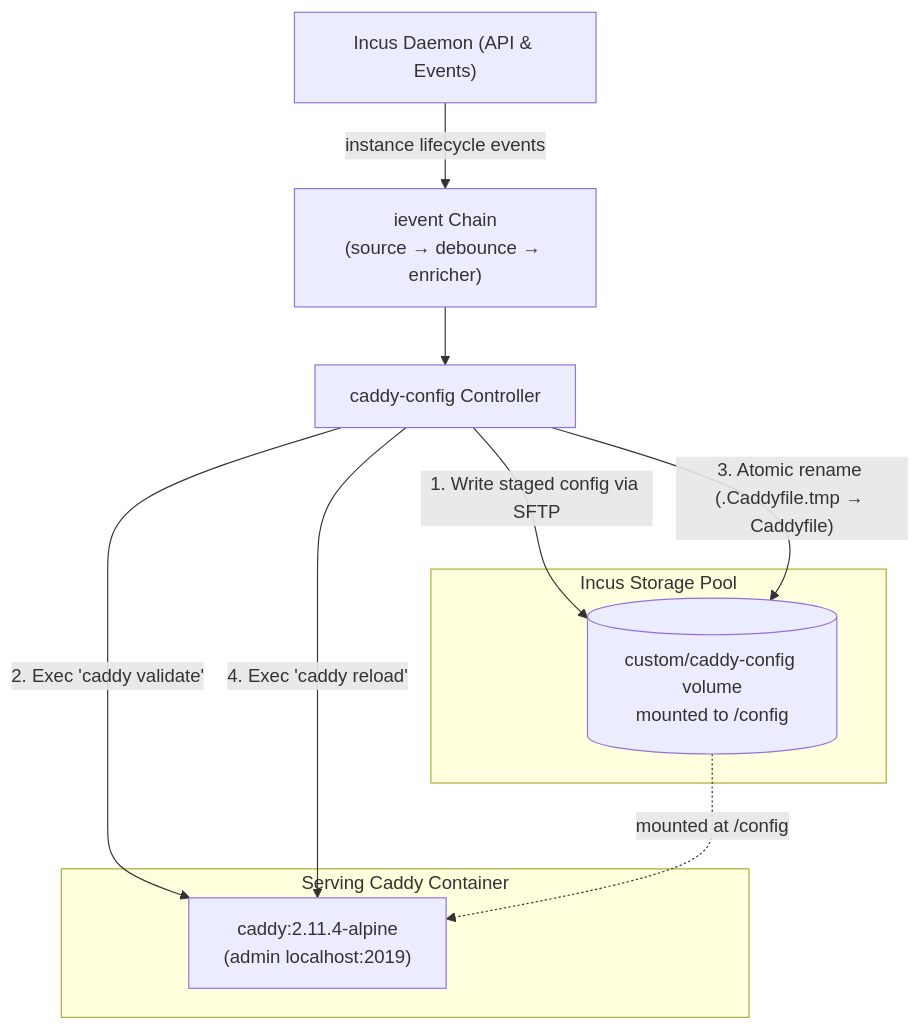
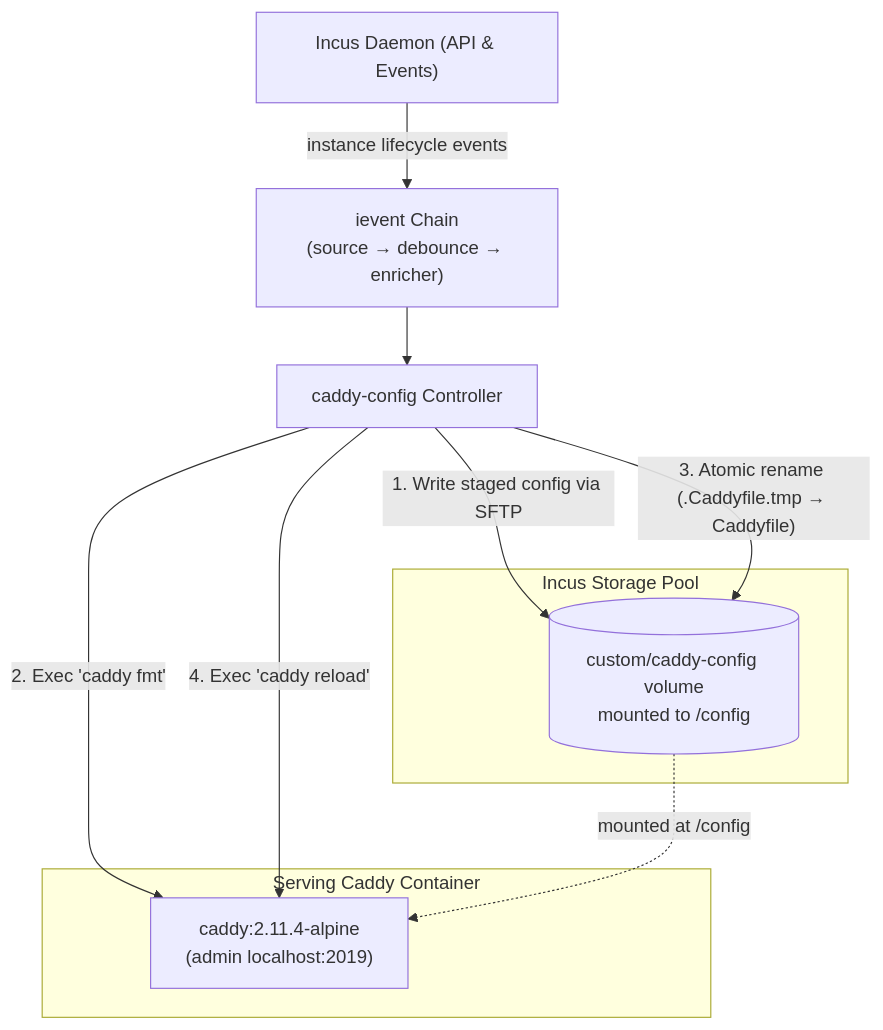
Before and after one commit to jochumdev/incus-caddy-config: the diagram in README.md, drawn with Mermaid. The commit also changed other lines of this file and 12 other files, not shown here.

````diff
--- a/README.md
+++ b/README.md
@@ -45,20 +45,20 @@
 ```mermaid
 flowchart TD
     IncusDaemon["Incus Daemon (API & Events)"] -->|instance lifecycle events| Chain["ievent Chain<br/>(source &rarr; debounce &rarr; enricher)"]
     Chain --> Plugin["caddy-config Controller"]
 
     subgraph Storage["Incus Storage Pool"]
         Vol[("custom/caddy-config volume<br/>mounted to /config")]
     end
 
     subgraph Caddy["Serving Caddy Container"]
         CaddyProc["caddy:2.11.4-alpine<br/>(admin localhost:2019)"]
     end
 
     Plugin -->|"1. Write staged config via SFTP"| Vol
-    Plugin -->|"2. Exec 'caddy validate'"| CaddyProc
+    Plugin -->|"2. Exec 'caddy fmt'"| CaddyProc
     Plugin -->|"3. Atomic rename (.Caddyfile.tmp &rarr; Caddyfile)"| Vol
     Plugin -->|"4. Exec 'caddy reload'"| CaddyProc
 
     Vol -.->|mounted at /config| CaddyProc
 ```
````
